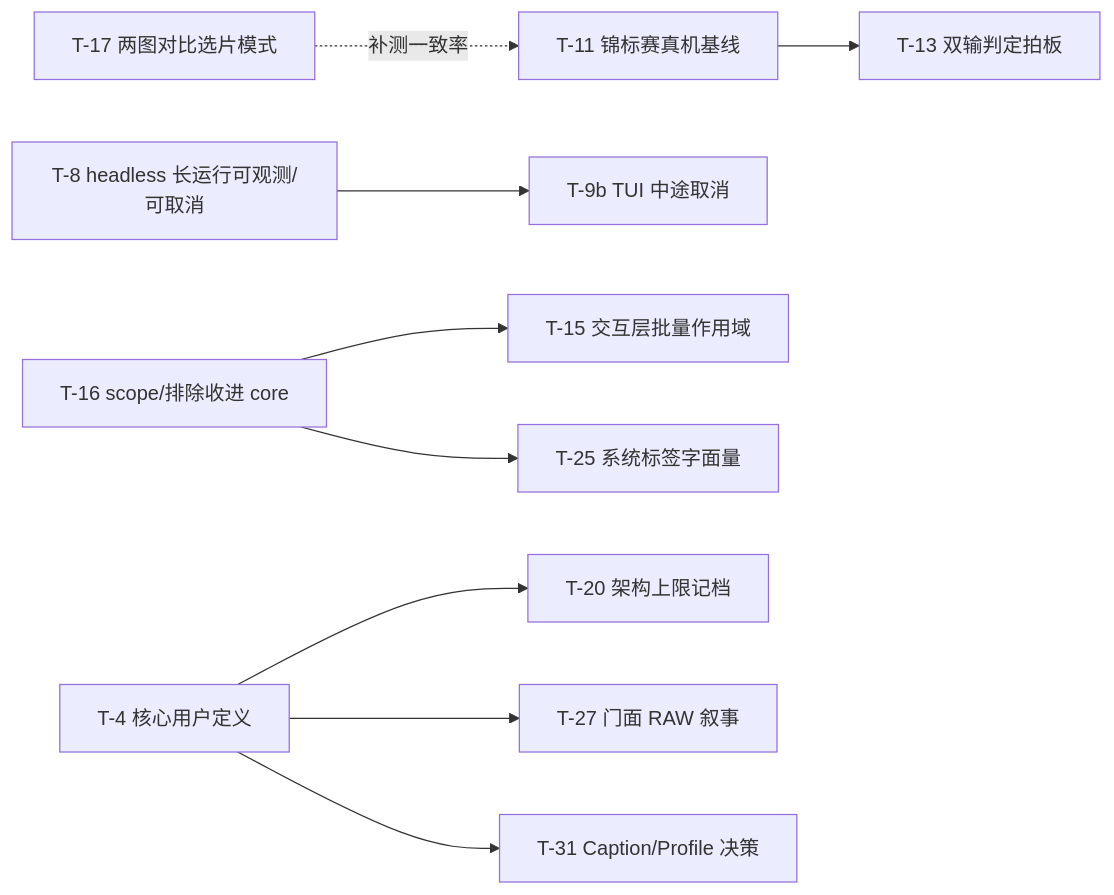
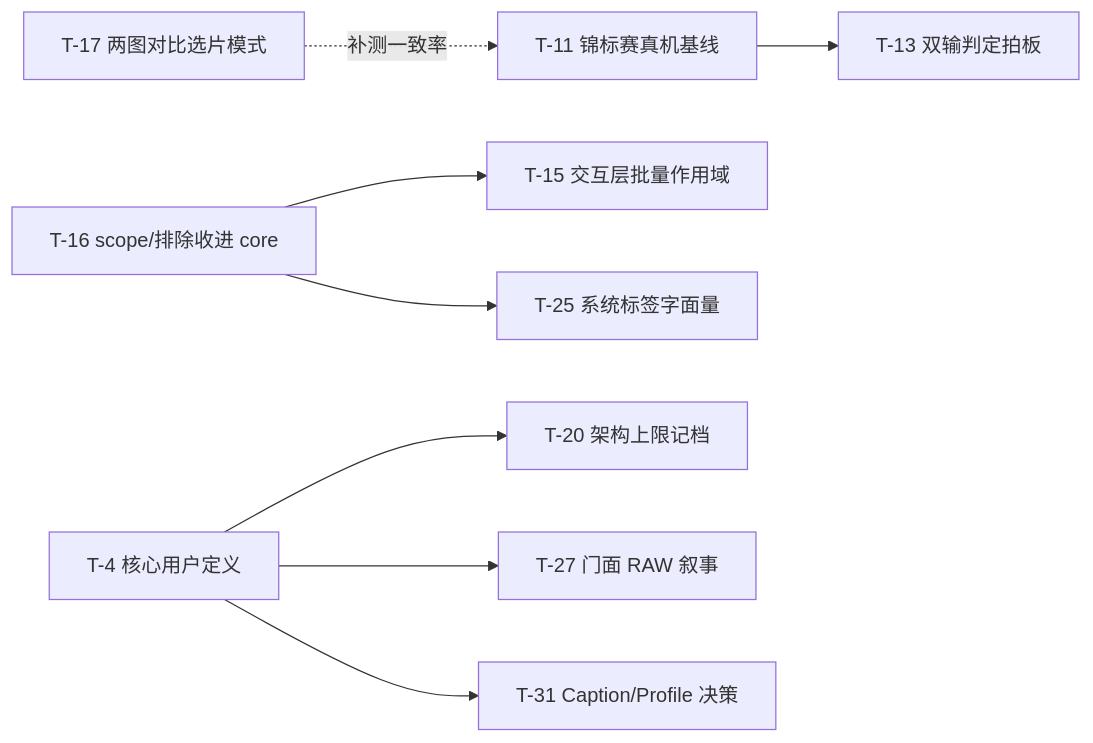
The diagram in docs/proposal-2026-07-25.md (wangliyangleon/picztream), drawn with Mermaid before and after one commit. The commit also changed other lines of this file and 1 other file, not shown here.

````diff
--- a/docs/proposal-2026-07-25.md
+++ b/docs/proposal-2026-07-25.md
@@ -276,11 +276,10 @@
 ```mermaid
 graph LR
   T11[T-11 锦标赛真机基线] --> T13[T-13 双输判定拍板]
-  T8[T-8 headless 长运行可观测/可取消] --> T9b[T-9b TUI 中途取消]
   T16[T-16 scope/排除收进 core] --> T15[T-15 交互层批量作用域]
   T16 --> T25[T-25 系统标签字面量]
   T4[T-4 核心用户定义] --> T20[T-20 架构上限记档]
   T4 --> T27[T-27 门面 RAW 叙事]
   T4 --> T31[T-31 Caption/Profile 决策]
   T17[T-17 两图对比选片模式] -.补测一致率.-> T11
 ```
````
